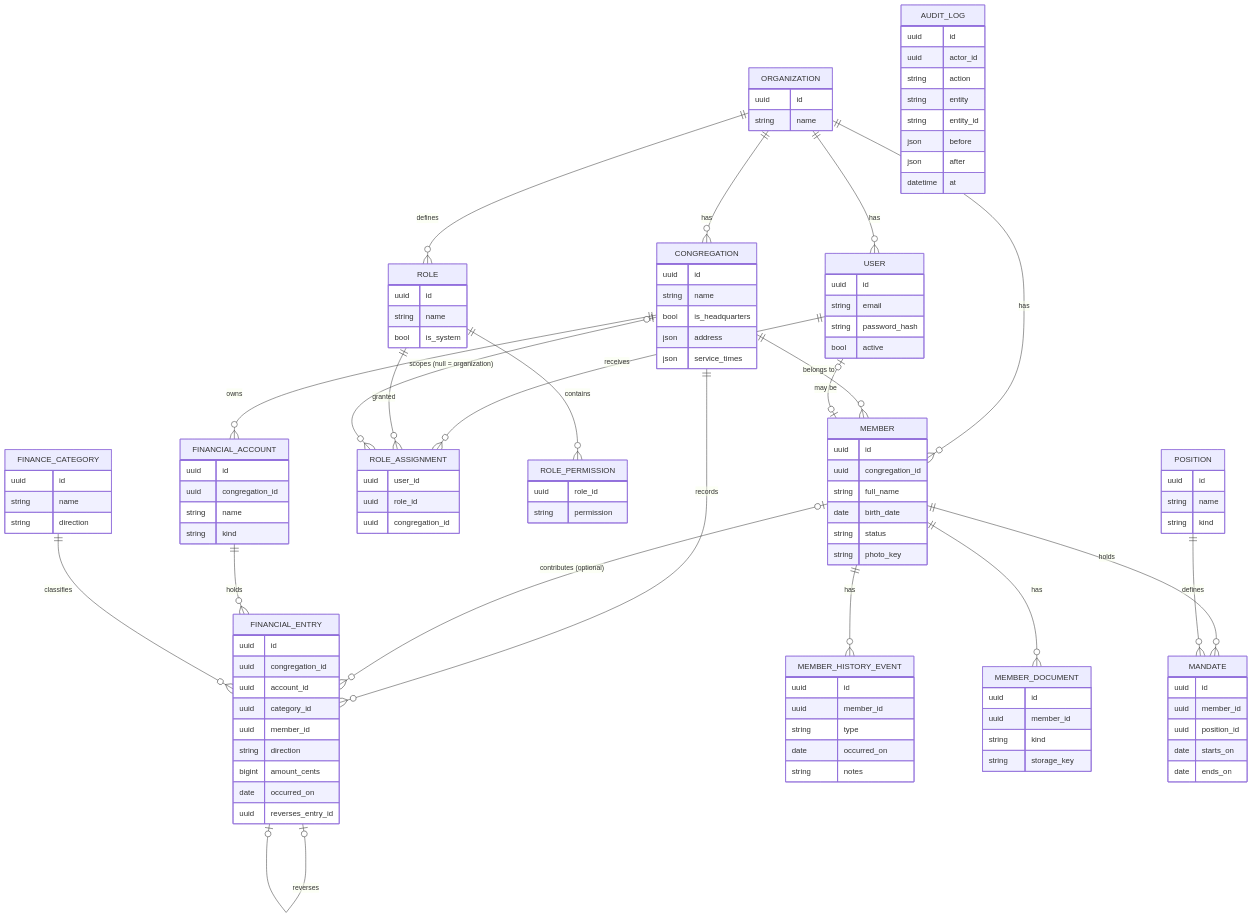
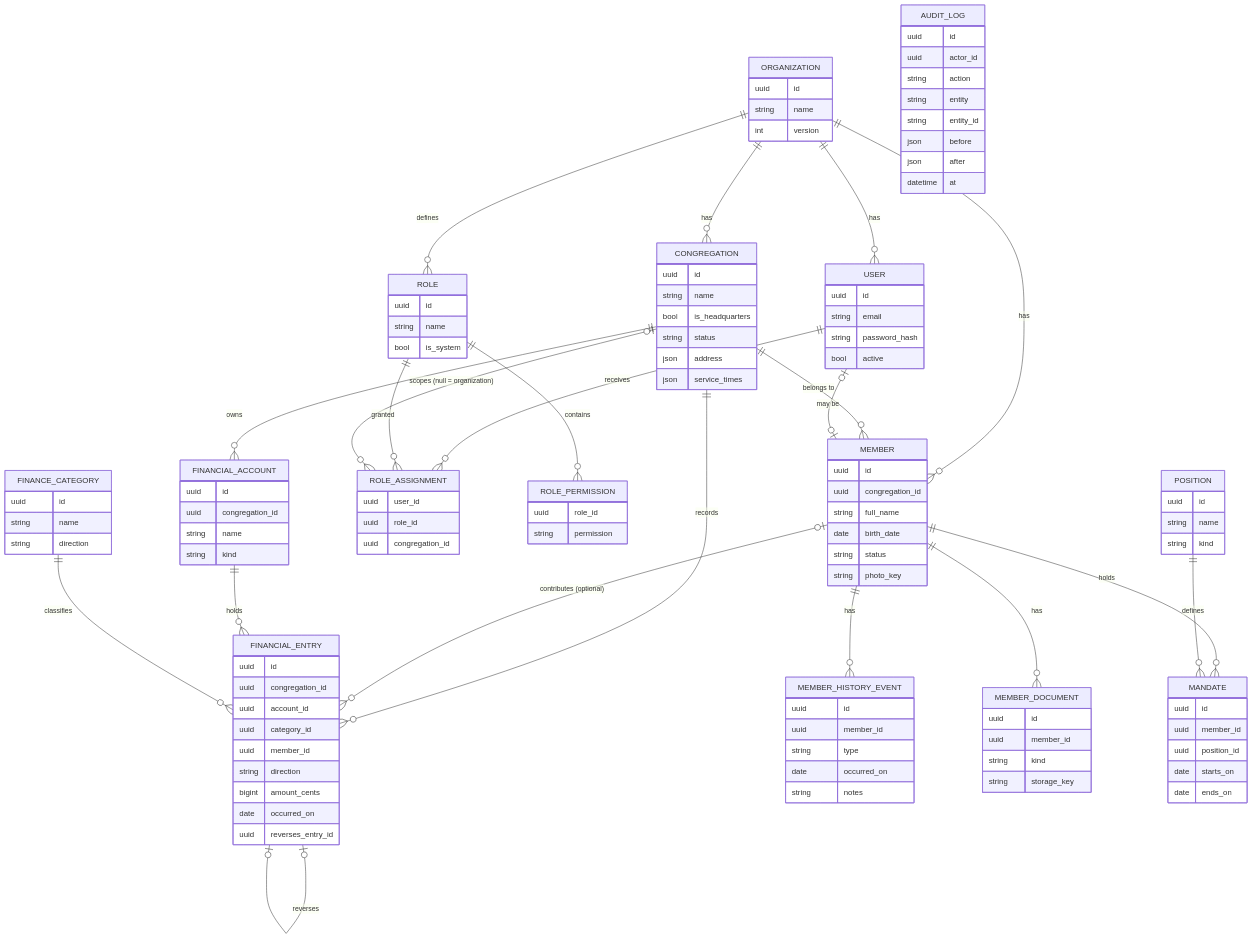
Before and after one commit to JTllesJR/sistema-igreja: the diagram in docs/modelo-dominio.md, drawn with Mermaid. The commit also changed other lines of this file and 8 other files, not shown here.

First line of the commit message:
docs: adr 0009 do modulo organization e complementos nos diagramas

````diff
--- a/docs/modelo-dominio.md
+++ b/docs/modelo-dominio.md
@@ -10,43 +10,43 @@
 ```mermaid
 erDiagram
     ORGANIZATION ||--o{ CONGREGATION : has
     ORGANIZATION ||--o{ USER : has
     ORGANIZATION ||--o{ ROLE : defines
     ORGANIZATION ||--o{ MEMBER : has
 
     CONGREGATION ||--o{ MEMBER : "belongs to"
     CONGREGATION ||--o{ FINANCIAL_ACCOUNT : owns
     CONGREGATION ||--o{ FINANCIAL_ENTRY : records
 
     USER ||--o{ ROLE_ASSIGNMENT : receives
     ROLE ||--o{ ROLE_ASSIGNMENT : granted
     ROLE ||--o{ ROLE_PERMISSION : contains
     CONGREGATION |o--o{ ROLE_ASSIGNMENT : "scopes (null = organization)"
     USER |o--o| MEMBER : "may be"
 
     MEMBER ||--o{ MEMBER_HISTORY_EVENT : has
     MEMBER ||--o{ MEMBER_DOCUMENT : has
     MEMBER |o--o{ FINANCIAL_ENTRY : "contributes (optional)"
     MEMBER ||--o{ MANDATE : holds
     POSITION ||--o{ MANDATE : "defines"
 
     FINANCIAL_ACCOUNT ||--o{ FINANCIAL_ENTRY : holds
     FINANCE_CATEGORY ||--o{ FINANCIAL_ENTRY : classifies
     FINANCIAL_ENTRY |o--o| FINANCIAL_ENTRY : "reverses"
 
-    ORGANIZATION { uuid id string name }
-    CONGREGATION { uuid id string name bool is_headquarters json address json service_times }
+    ORGANIZATION { uuid id string name int version }
+    CONGREGATION { uuid id string name bool is_headquarters string status json address json service_times }
     USER { uuid id string email string password_hash bool active }
     ROLE { uuid id string name bool is_system }
     ROLE_PERMISSION { uuid role_id string permission }
     ROLE_ASSIGNMENT { uuid user_id uuid role_id uuid congregation_id }
     MEMBER { uuid id uuid congregation_id string full_name date birth_date string status string photo_key }
     MEMBER_HISTORY_EVENT { uuid id uuid member_id string type date occurred_on string notes }
     MEMBER_DOCUMENT { uuid id uuid member_id string kind string storage_key }
     POSITION { uuid id string name string kind }
     MANDATE { uuid id uuid member_id uuid position_id date starts_on date ends_on }
     FINANCIAL_ACCOUNT { uuid id uuid congregation_id string name string kind }
     FINANCE_CATEGORY { uuid id string name string direction }
     FINANCIAL_ENTRY { uuid id uuid congregation_id uuid account_id uuid category_id uuid member_id string direction bigint amount_cents date occurred_on uuid reverses_entry_id }
     AUDIT_LOG { uuid id uuid actor_id string action string entity string entity_id json before json after datetime at }
 ```
````
